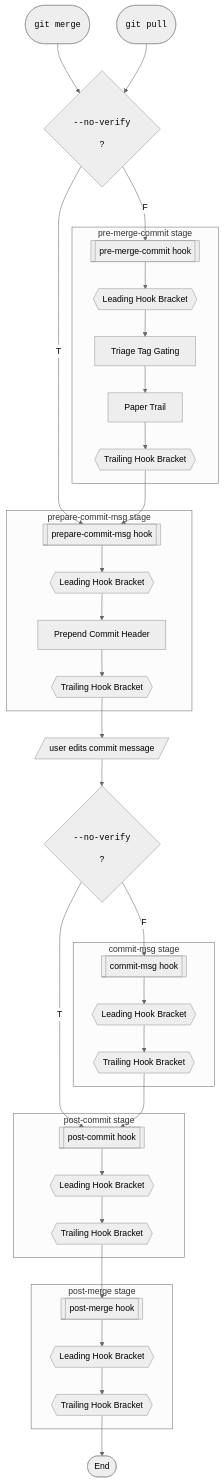
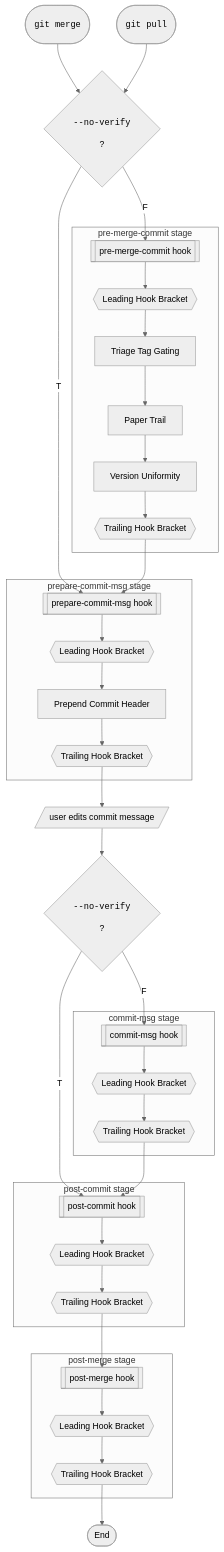
Before and after one commit to kami-lel/hupy: the second of 3 diagrams in docs/chain_doc.md, drawn with Mermaid (neutral theme). The commit also changed other lines of this file, not shown here.

First line of the commit message:
integrate Version Uniformity feature into chain doc with flow updates and cross-hook gating

````diff
--- a/docs/chain_doc.md
+++ b/docs/chain_doc.md
@@ -173,49 +174,50 @@
 ```mermaid
 flowchart TD
     A1([<pre><code>git merge</code></pre>])
     A2([<pre><code>git pull</code></pre>])
 
     G{<pre><code>--no-verify</code></pre>?}
 
     A1 --> G
     A2 --> G
 
     subgraph premerge [pre-merge-commit stage]
         C[[pre-merge-commit hook]] --> C1{{Leading Hook Bracket}}
         C1 --> Cttg[Triage Tag Gating]
         Cttg --> Cpt[Paper Trail]
-        Cpt --> C2{{Trailing Hook Bracket}}
+        Cpt --> Cvu[Version Uniformity]
+        Cvu --> C2{{Trailing Hook Bracket}}
     end
     G -->|F| C
 
     subgraph preparemsg [prepare-commit-msg stage]
         F[[prepare-commit-msg hook]] --> F1{{Leading Hook Bracket}}
         F1 --> Fmsg[Prepend Commit Header]
         Fmsg --> F2{{Trailing Hook Bracket}}
     end
     G -->|T| F
     C2 --> F
 
     F2 --> EditStep[/user edits commit message/]
     EditStep --> H{<pre><code>--no-verify</code></pre>?}
 
     subgraph commitmsg [commit-msg stage]
         I[[commit-msg hook]] --> I1{{Leading Hook Bracket}}
         I1 --> I2{{Trailing Hook Bracket}}
     end
     H -->|F| I
 
     subgraph postcommit [post-commit stage]
         L[[post-commit hook]] --> L1{{Leading Hook Bracket}}
         L1 --> L2{{Trailing Hook Bracket}}
     end
     H -->|T| L
     I2 --> L
 
     subgraph postmerge [post-merge stage]
         PM3[[post-merge hook]] --> PM1{{Leading Hook Bracket}}
         PM1 --> PM2{{Trailing Hook Bracket}}
     end
     L2 --> PM3
     PM2 --> Z4([End])
 ```
````
